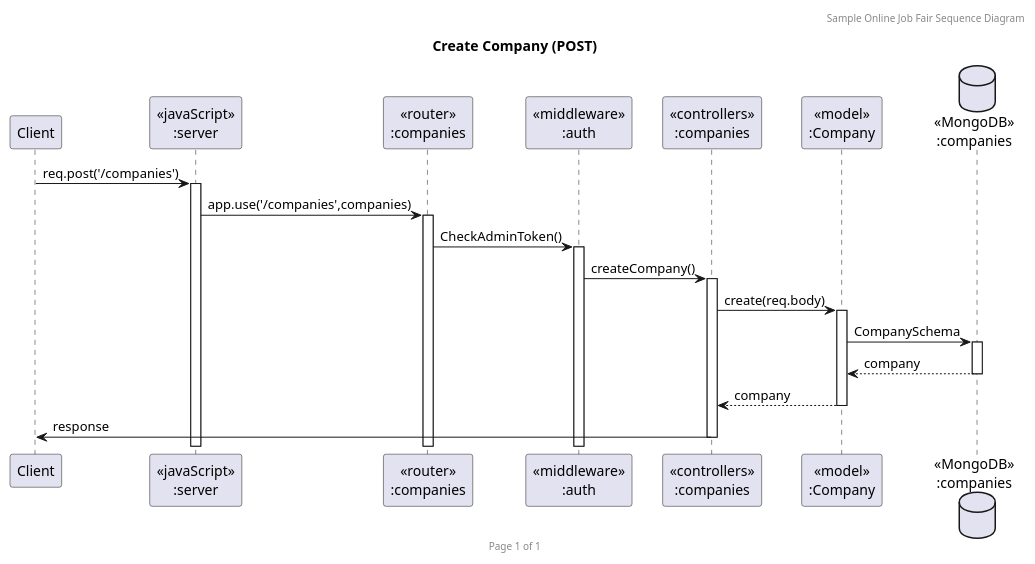
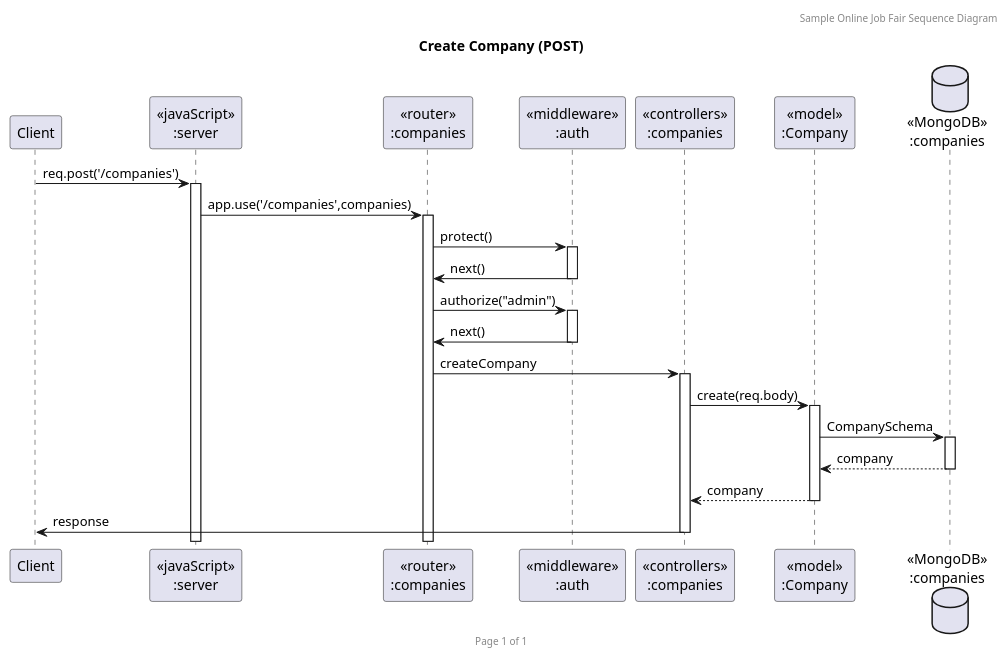
Before and after one commit to armernuntiya/SWDevI: the diagram in PlantUML/JobFairSequenceCompanyPOST.puml, drawn with PlantUML. The commit also changed 14 other files, not shown here.

Commit message:
Edit:diagram puml

```diff
--- a/PlantUML/JobFairSequenceCompanyPOST.puml
+++ b/PlantUML/JobFairSequenceCompanyPOST.puml
@@ -1,27 +1,30 @@
 @startuml Manage Company (POST)
 
 header Sample Online Job Fair Sequence Diagram
 footer Page %page% of %lastpage%
 title "Create Company (POST)"
 
 participant "Client" as client
 participant "<<javaScript>>\n:server" as server
 participant "<<router>>\n:companies" as routerCompanies
 participant "<<middleware>>\n:auth" as authMiddleware
 participant "<<controllers>>\n:companies" as controllersCompanies
 participant "<<model>>\n:Company" as modelCompany
 database "<<MongoDB>>\n:companies" as CompaniesDatabase
 
 client->server ++:req.post('/companies')
 server->routerCompanies ++:app.use('/companies',companies)
-routerCompanies -> authMiddleware ++: CheckAdminToken()
-authMiddleware -> controllersCompanies ++:createCompany()
+routerCompanies -> authMiddleware ++: protect()
+routerCompanies <- authMiddleware --: next()
+routerCompanies -> authMiddleware ++: authorize("admin")
+routerCompanies <- authMiddleware --: next()
+routerCompanies -> controllersCompanies ++:createCompany
 controllersCompanies -> modelCompany ++:create(req.body)
 modelCompany -> CompaniesDatabase ++: CompanySchema
 CompaniesDatabase --> modelCompany --: company
 controllersCompanies <-- modelCompany --: company
 controllersCompanies->client --:response
 
 
 
 @enduml
```
